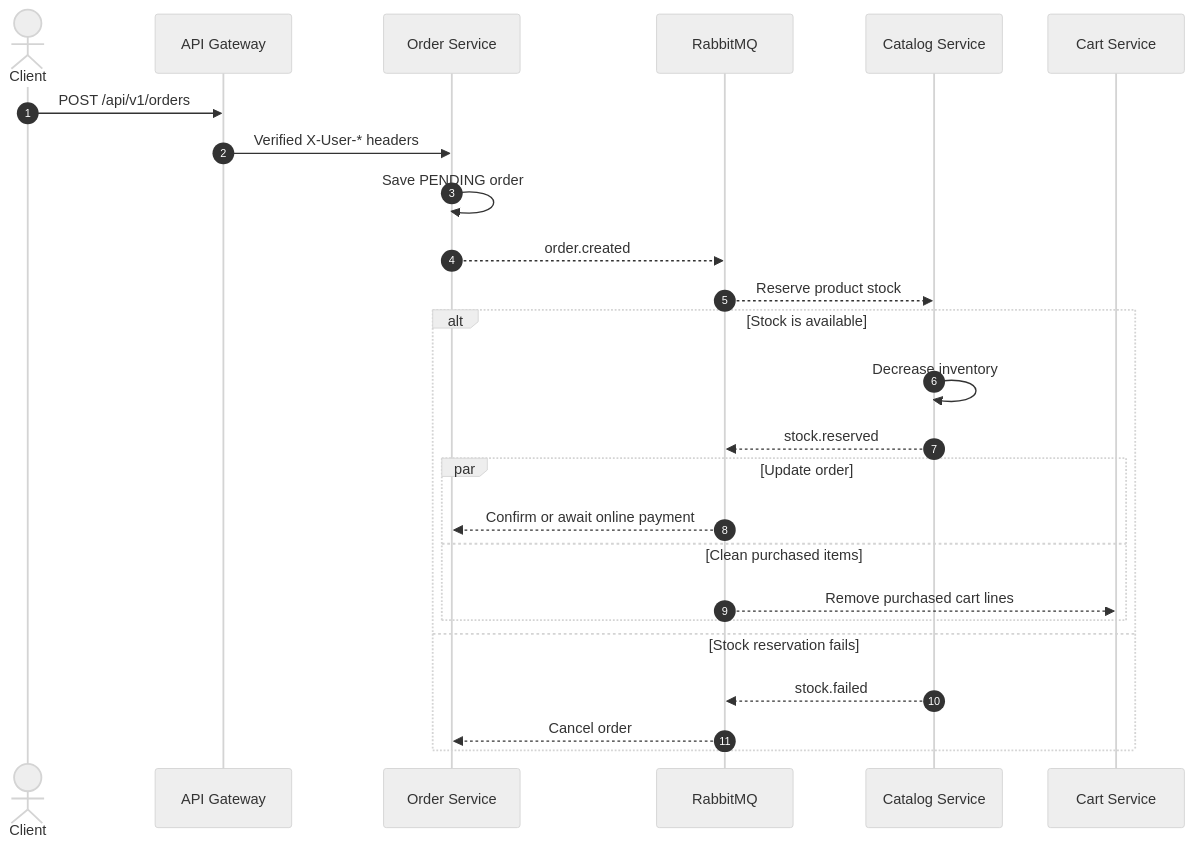
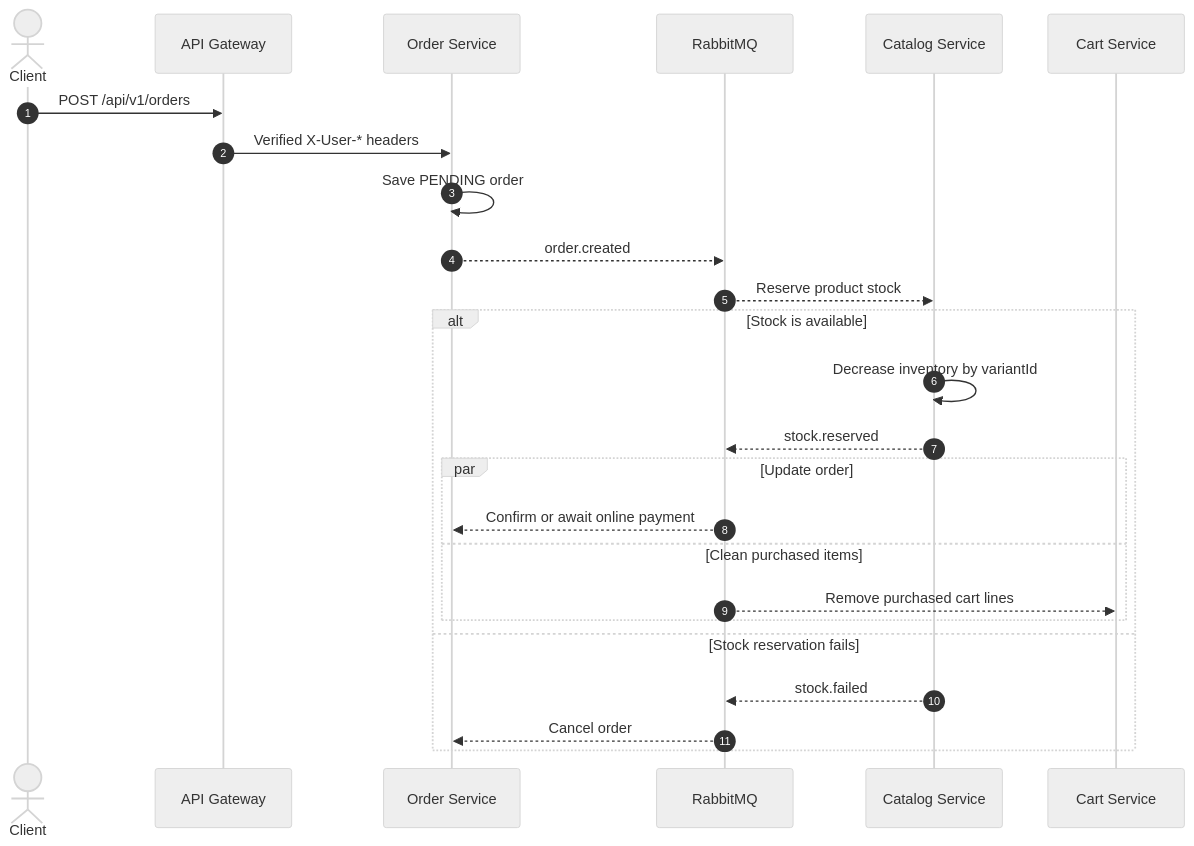
One commit to kyro-ecommerce/Backend changed the second of 2 diagrams in README.md. Above: the diagram before and after it, drawn with Mermaid (neutral theme). The commit also changed other lines of this file and 3 other files, not shown here.

Commit message:
fix(docs): align architecture with normalized catalog model

````diff
--- a/README.md
+++ b/README.md
@@ -132,29 +133,29 @@
 ```mermaid
 sequenceDiagram
     autonumber
     actor Client
     participant Gateway as API Gateway
     participant Order as Order Service
     participant Broker as RabbitMQ
     participant Catalog as Catalog Service
     participant Cart as Cart Service
 
     Client->>Gateway: POST /api/v1/orders
     Gateway->>Order: Verified X-User-* headers
     Order->>Order: Save PENDING order
     Order-->>Broker: order.created
     Broker-->>Catalog: Reserve product stock
 
     alt Stock is available
-        Catalog->>Catalog: Decrease inventory
+        Catalog->>Catalog: Decrease inventory by variantId
         Catalog-->>Broker: stock.reserved
         par Update order
             Broker-->>Order: Confirm or await online payment
         and Clean purchased items
             Broker-->>Cart: Remove purchased cart lines
         end
     else Stock reservation fails
         Catalog-->>Broker: stock.failed
         Broker-->>Order: Cancel order
     end
 ```
````
